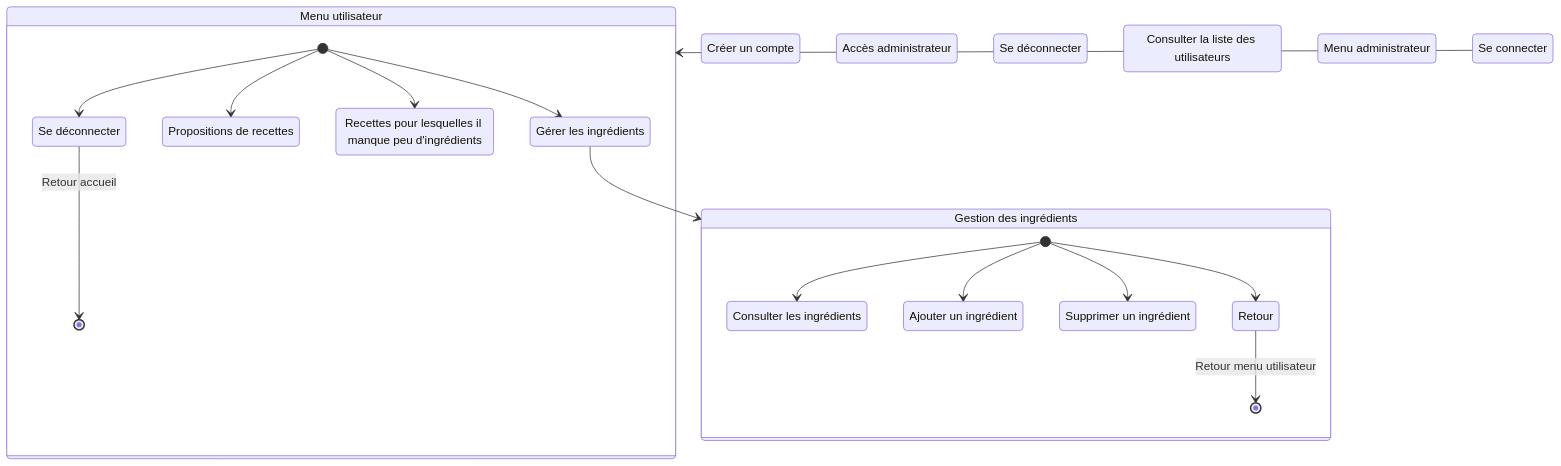
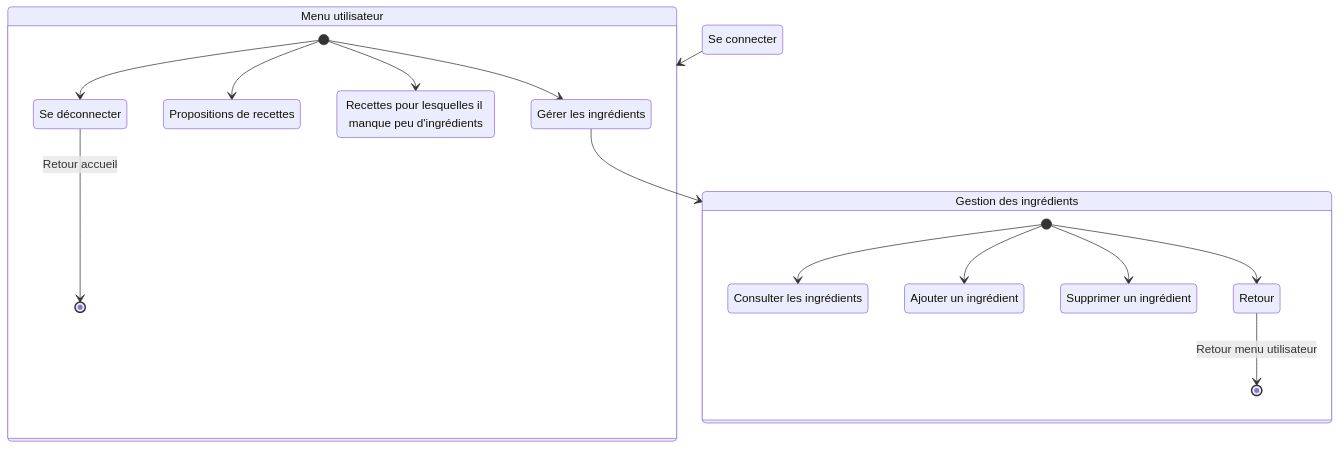
One commit to bbrunel/ENSAI-2A-projet-info changed the second of 2 diagrams in doc/diag_activites.md. Above: the diagram before and after it, drawn with Mermaid.

Commit message:
2e diag act detaille

````diff
--- a/doc/diag_activites.md
+++ b/doc/diag_activites.md
@@ -79,39 +79,34 @@
 ```mermaid
 stateDiagram
     login : Se connecter
     menu_utilisateur : Menu utilisateur
     menu_ingr : Gestion des ingrédients
-    logon : Créer un compte
     gerer_ingr : Gérer les ingrédients
     Consulter_les_ingrédients : Consulter les ingrédients
     Ajouter_un_ingrédient : Ajouter un ingrédient
     Supprimer_un_ingrédient : Supprimer un ingrédient
     recettes : Propositions de recettes
     rec_ingr_manquant : Recettes pour lesquelles il manque peu d'ingrédients
     logout : Se déconnecter
-    admin : Accès administrateur
-    admin_out : Se déconnecter
-    list_utilisateurs : Consulter la liste des utilisateurs
-    menu_admin : Menu administrateur
     
     login --> menu_utilisateur
-        
+
     state menu_utilisateur {
     	[*] --> gerer_ingr
       [*] --> recettes
       [*] --> rec_ingr_manquant
     	[*] --> logout
       logout --> [*]:Retour accueil
     }
 
   gerer_ingr --> menu_ingr
 
     state menu_ingr {
       [*] --> Consulter_les_ingrédients
       [*] --> Ajouter_un_ingrédient
       [*] --> Supprimer_un_ingrédient
       [*] --> Retour
       Retour --> [*]: Retour menu utilisateur
         
     }
 ```
````
